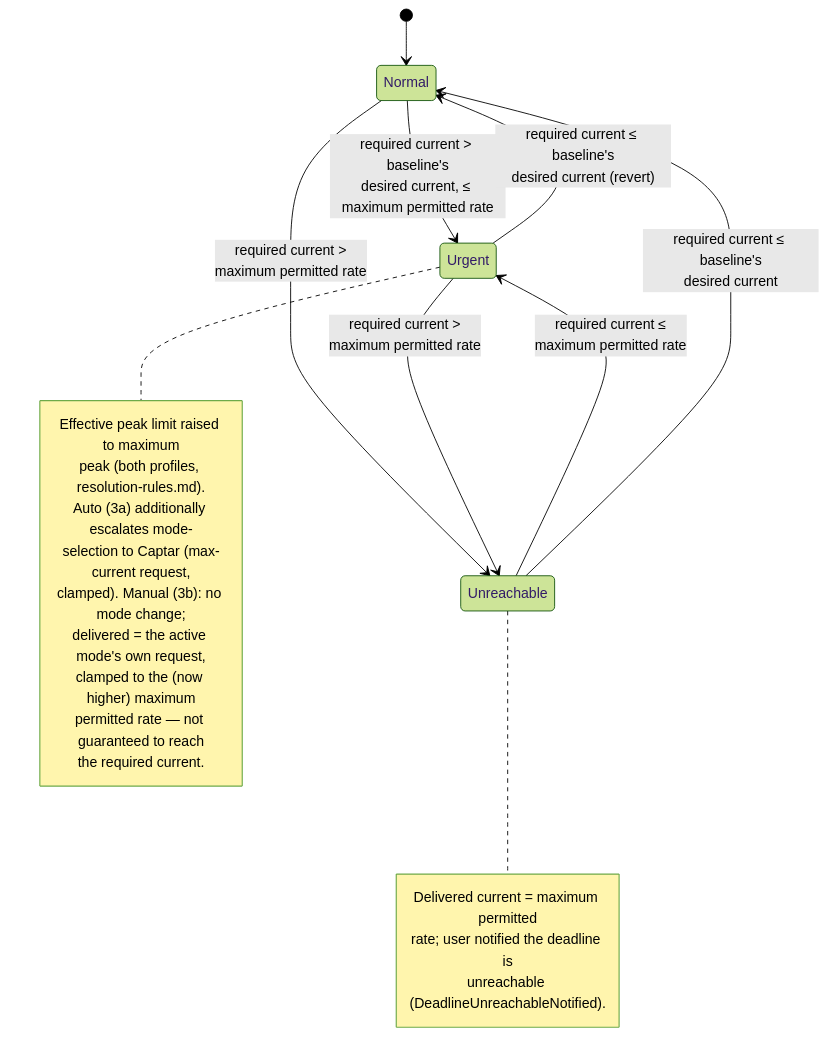
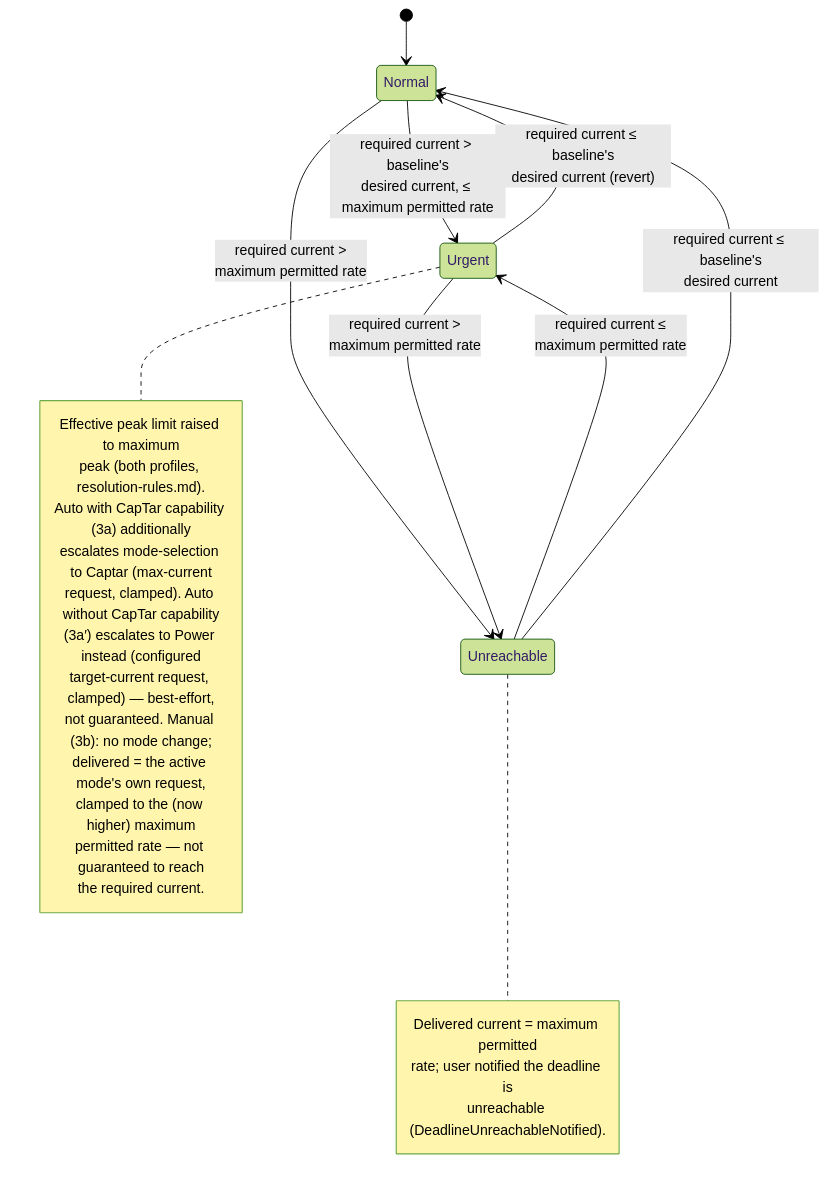
One commit to kristofdegrave/homeassistant-smart-charging changed the diagram in docs/analysis/use-cases/UC05-guarantee-ready-by-departure.md. Above: the diagram before and after it, drawn with Mermaid (forest theme). The commit also changed other lines of this file and 4 other files, not shown here.

First line of the commit message:
docs: fix Auto's grid-charging gap when CapTar capability is absent

````diff
--- a/docs/analysis/use-cases/UC05-guarantee-ready-by-departure.md
+++ b/docs/analysis/use-cases/UC05-guarantee-ready-by-departure.md
@@ -84,26 +89,29 @@
 ```mermaid
 stateDiagram-v2
     [*] --> Normal
     Normal --> Urgent: required current > baseline's<br/>desired current, ≤ maximum permitted rate
     Normal --> Unreachable: required current ><br/>maximum permitted rate
     Urgent --> Normal: required current ≤ baseline's<br/>desired current (revert)
     Urgent --> Unreachable: required current ><br/>maximum permitted rate
     Unreachable --> Urgent: required current ≤<br/>maximum permitted rate
     Unreachable --> Normal: required current ≤ baseline's<br/>desired current
     note right of Urgent
         Effective peak limit raised to maximum
         peak (both profiles, resolution-rules.md).
-        Auto (3a) additionally escalates mode-
-        selection to Captar (max-current request,
-        clamped). Manual (3b): no mode change;
+        Auto with CapTar capability (3a) additionally
+        escalates mode-selection to Captar (max-current
+        request, clamped). Auto without CapTar capability
+        (3a′) escalates to Power instead (configured
+        target-current request, clamped) — best-effort,
+        not guaranteed. Manual (3b): no mode change;
         delivered = the active mode's own request,
         clamped to the (now higher) maximum
         permitted rate — not guaranteed to reach
         the required current.
     end note
     note right of Unreachable
         Delivered current = maximum permitted
         rate; user notified the deadline is
         unreachable (DeadlineUnreachableNotified).
     end note
 ```
````
